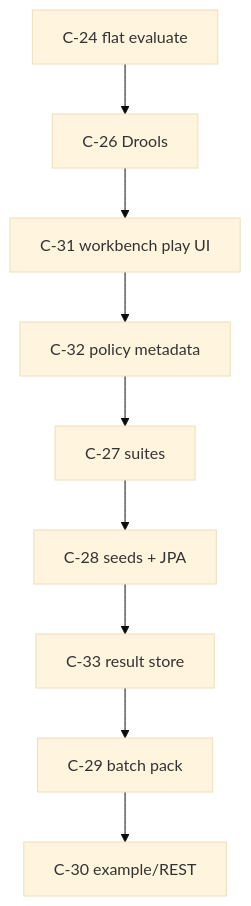
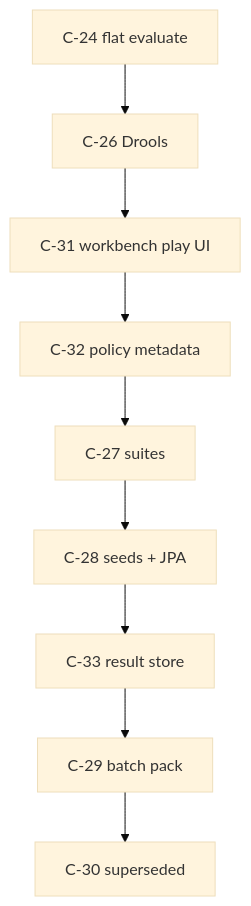
One commit to qpointz/objs changed the second of 2 diagrams in docs/design/policy/README.md. Above: the diagram before and after it, drawn with Mermaid (base theme). The commit also changed other lines of this file and 20 other files, not shown here.

````diff
--- a/docs/design/policy/README.md
+++ b/docs/design/policy/README.md
@@ -70,13 +70,13 @@
 ```mermaid
 flowchart TD
   c24[C-24 flat evaluate]
   c26[C-26 Drools]
   c31[C-31 workbench play UI]
   c32[C-32 policy metadata]
   c27[C-27 suites]
   c28[C-28 seeds + JPA]
   c33[C-33 result store]
   c29[C-29 batch pack]
-  c30[C-30 example/REST]
+  c30[C-30 superseded]
   c24 --> c26 --> c31 --> c32 --> c27 --> c28 --> c33 --> c29 --> c30
 ```
````
